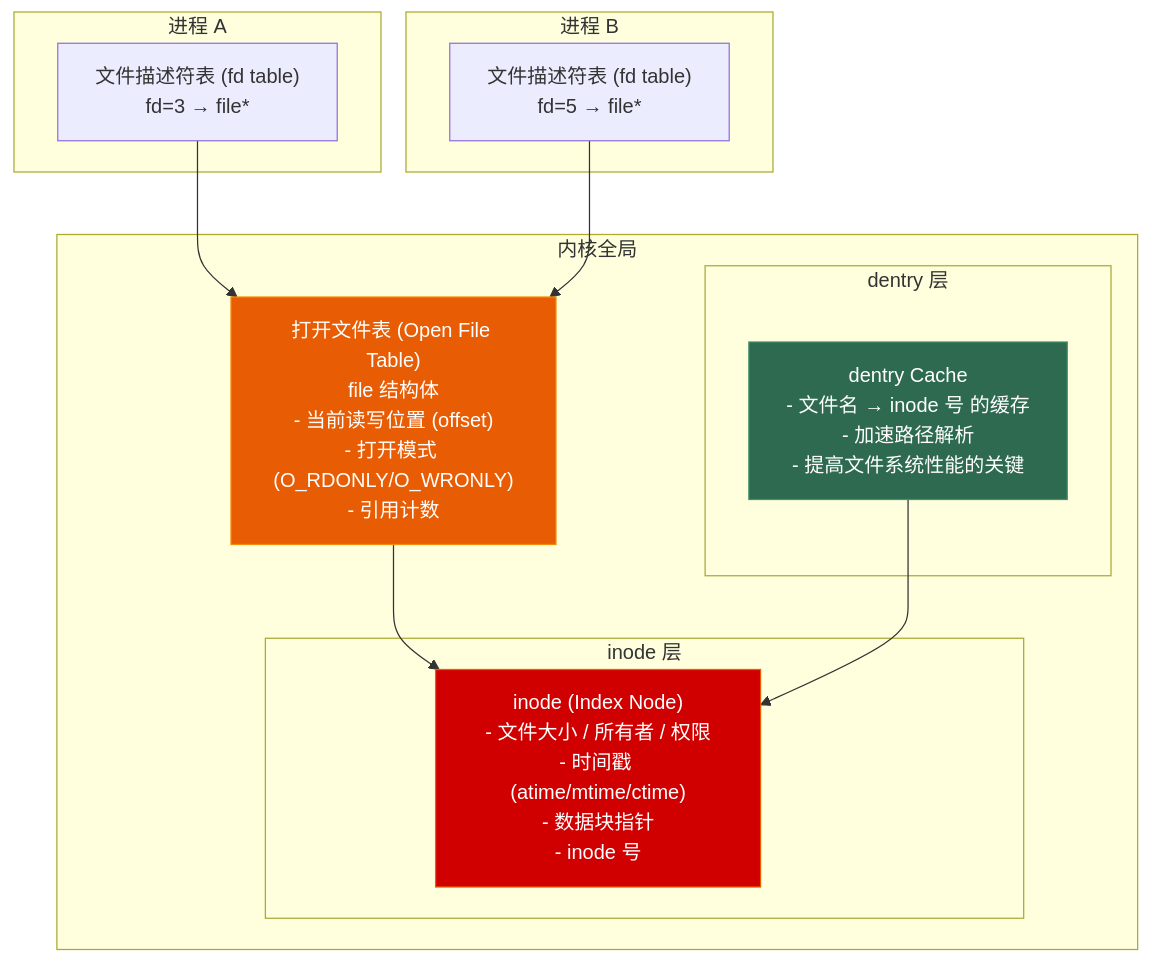
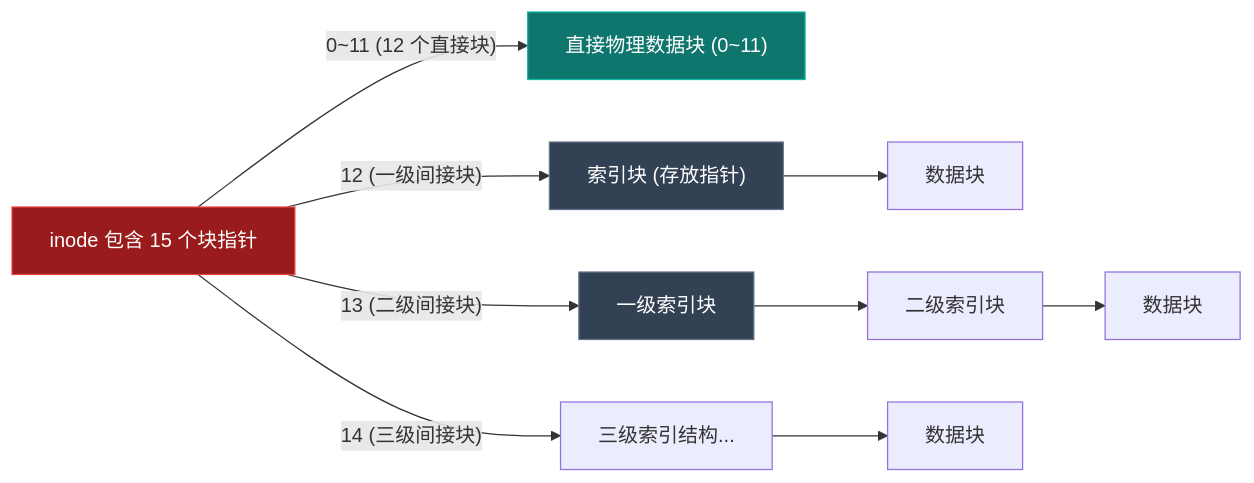
One commit to Lumivers/firefly changed the first of 3 diagrams in src/content/posts/os/07_file_io.md. Above: the diagram before and after it, drawn with Mermaid. The commit also changed other lines of this file and 39 other files, not shown here.

````diff
--- a/src/content/posts/os/07_file_io.md
+++ b/src/content/posts/os/07_file_io.md
@@ -51,29 +40,13 @@
 ```mermaid
-graph TB
-    subgraph "进程 A"
-        FDT_A["文件描述符表 (fd table)\nfd=3 → file*"]
-    end
-    
-    subgraph "进程 B"
-        FDT_B["文件描述符表 (fd table)\nfd=5 → file*"]
-    end
-    
-    subgraph "内核全局"
-        OFT["打开文件表 (Open File Table)\nfile 结构体\n- 当前读写位置 (offset)\n- 打开模式 (O_RDONLY/O_WRONLY)\n- 引用计数"]
-        subgraph "inode 层"
-            INODE["inode (Index Node)\n- 文件大小 / 所有者 / 权限\n- 时间戳 (atime/mtime/ctime)\n- 数据块指针\n- inode 号"]
-        end
-        subgraph "dentry 层"
-            DCACHE["dentry Cache\n- 文件名 → inode 号 的缓存\n- 加速路径解析\n- 提高文件系统性能的关键"]
-        end
-    end
-    
-    FDT_A --> OFT
-    FDT_B --> OFT
-    OFT --> INODE
-    DCACHE --> INODE
-    
-    style INODE fill:#d00000,stroke:#e85d04,color:white
-    style DCACHE fill:#2d6a4f,stroke:#40916c,color:white
-    style OFT fill:#e85d04,stroke:#f48c06,color:white
+graph LR
+    INODE["inode 包含 15 个块指针"]
+    INODE -->|"0~11 (12 个直接块)"| D0["直接物理数据块 (0~11)"]
+    INODE -->|"12 (一级间接块)"| IND1["索引块 (存放指针)"] --> D1["数据块"]
+    INODE -->|"13 (二级间接块)"| IND2_1["一级索引块"] --> IND2_2["二级索引块"] --> D2["数据块"]
+    INODE -->|"14 (三级间接块)"| IND3_1["三级索引结构..."] --> D3["数据块"]
+
+    style INODE fill:#991b1b,stroke:#ef4444,color:white
+    style D0 fill:#0f766e,stroke:#14b8a6,color:white
+    style IND1 fill:#334155,stroke:#64748b,color:white
+    style IND2_1 fill:#334155,stroke:#64748b,color:white
 ```
````
